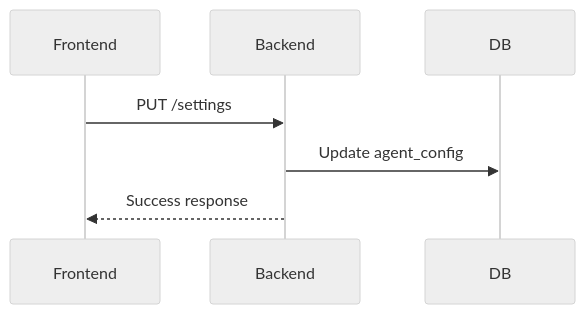
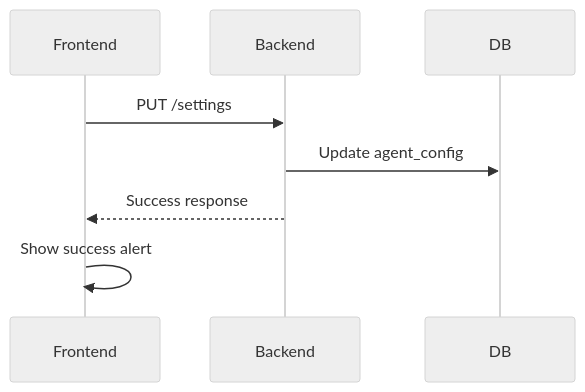
The sixth of 15 diagrams in docs/7__Sequence-Interaction-Design.md (OceanStar88/Sagent), drawn with Mermaid (neutral theme) before and after one commit. The commit also changed other lines of this file and 181 other files, not shown here.

````diff
--- a/docs/7__Sequence-Interaction-Design.md
+++ b/docs/7__Sequence-Interaction-Design.md
@@ -160,10 +166,11 @@
 ```mermaid
 sequenceDiagram
     participant Frontend
     participant Backend
     participant DB
 
     Frontend->>Backend: PUT /settings
     Backend->>DB: Update agent_config
     Backend-->>Frontend: Success response
+    Frontend->>Frontend: Show success alert
 ```
````
